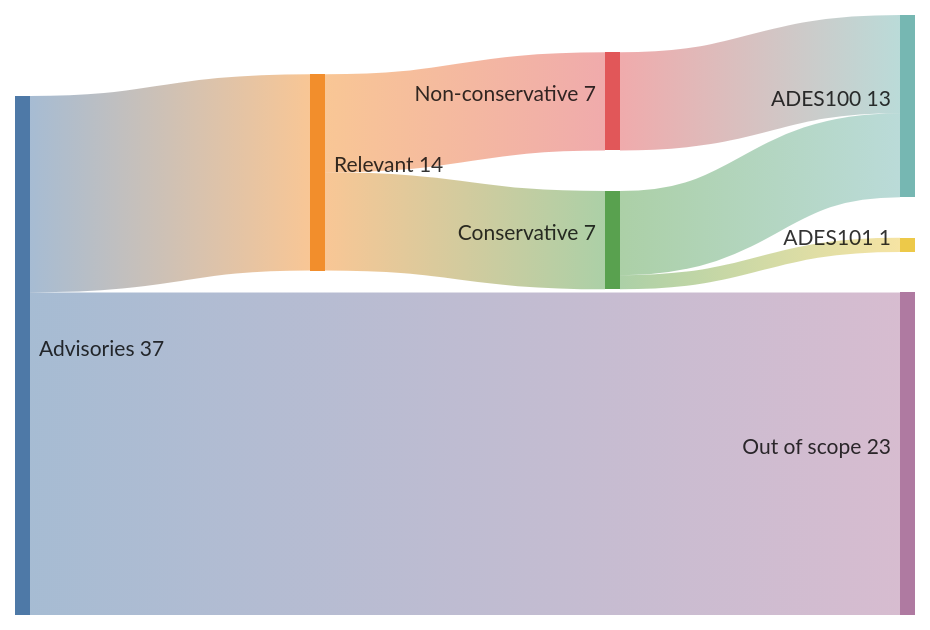
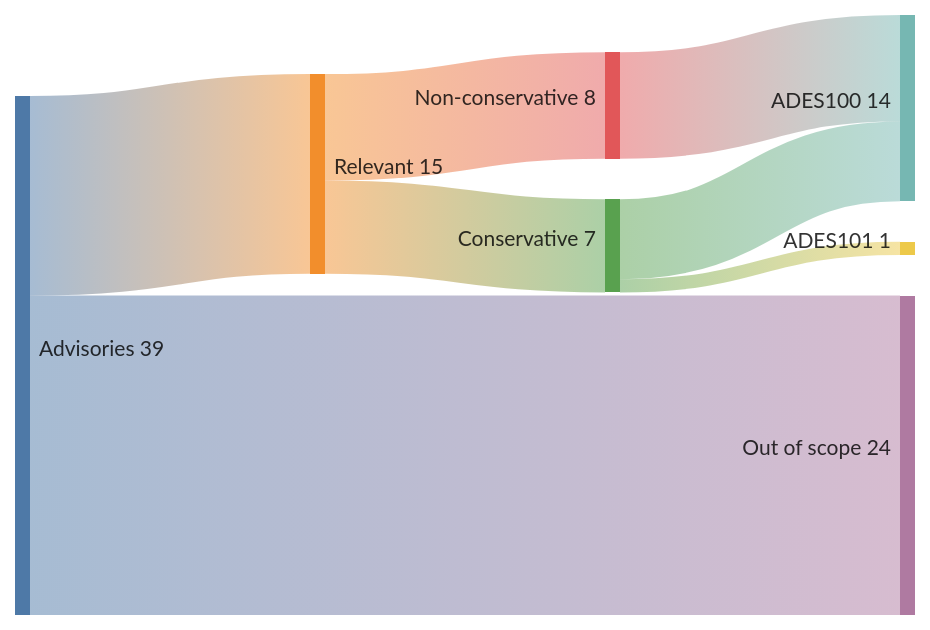
The diagram in docs/EVALUATION.md (ericcornelissen/ades), drawn with Mermaid before and after one commit. The commit also changed other lines of this file and 1 other file, not shown here.

Commit message:
Update evaluation

````diff
--- a/docs/EVALUATION.md
+++ b/docs/EVALUATION.md
@@ -118,14 +122,14 @@
 ```mermaid
 sankey-beta
 
-Advisories,Relevant,       14
+Advisories,Relevant,       15
 
-Relevant,Non-conservative, 7
-Non-conservative,ADES100,  7
+Relevant,Non-conservative, 8
+Non-conservative,ADES100,  8
 
 Relevant,Conservative,     7
 Conservative,ADES100,      6
 Conservative,ADES101,      1
 
-Advisories,Out of scope,   23
+Advisories,Out of scope,   24
 ```
````
